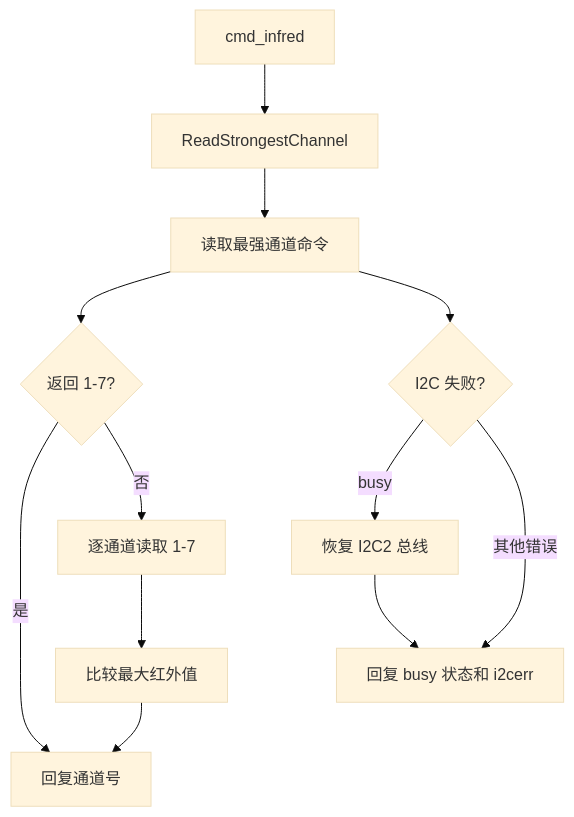
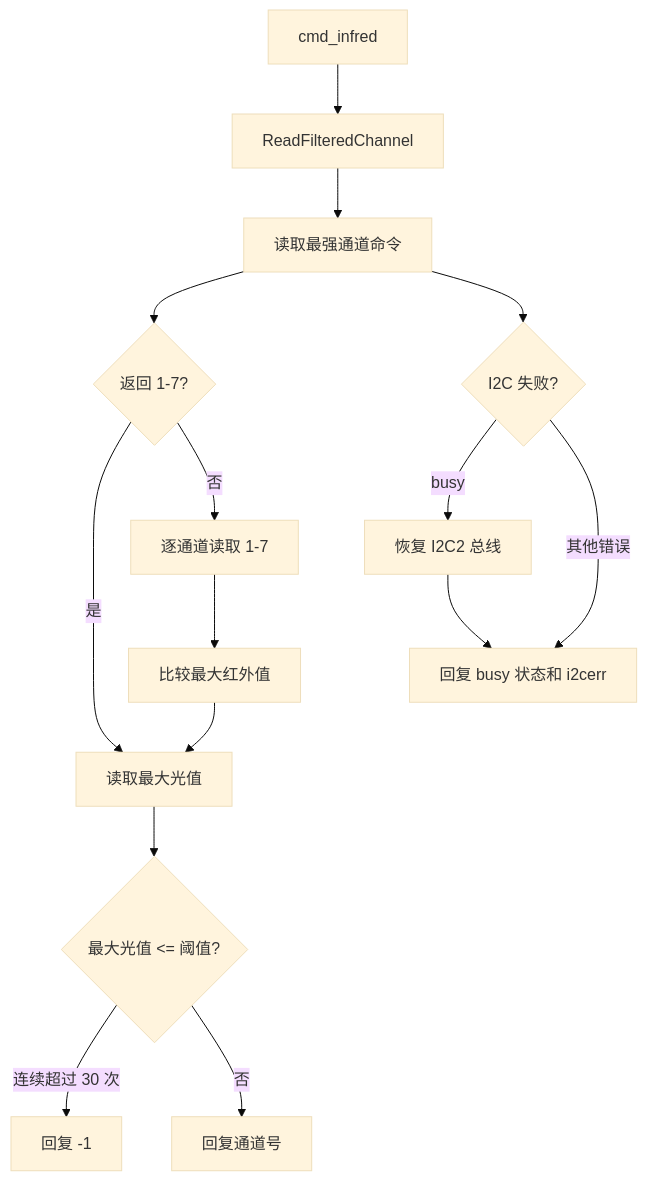
The ninth of 13 diagrams in RCJchassisdiver/CODE_LOGIC.md (ChaseZhao619/RCJChassisDriver), drawn with Mermaid (base theme) before and after one commit. The commit also changed other lines of this file and 27 other files, not shown here.

````diff
--- a/RCJchassisdiver/CODE_LOGIC.md
+++ b/RCJchassisdiver/CODE_LOGIC.md
@@ -493,14 +497,17 @@
 ```mermaid
 flowchart TD
-    Cmd["cmd_infred"] --> ReadStrong["ReadStrongestChannel"]
+    Cmd["cmd_infred"] --> ReadStrong["ReadFilteredChannel"]
     ReadStrong --> Direct["读取最强通道命令"]
     Direct --> Valid{"返回 1-7?"}
-    Valid -- "是" --> Reply["回复通道号"]
+    Valid -- "是" --> ReadValue["读取最大光值"]
     Valid -- "否" --> Scan["逐通道读取 1-7"]
     Scan --> Max["比较最大红外值"]
-    Max --> Reply
+    Max --> ReadValue
+    ReadValue --> Weak{"最大光值 <= 阈值?"}
+    Weak -- "连续超过 30 次" --> NoBall["回复 -1"]
+    Weak -- "否" --> Reply["回复通道号"]
     Direct --> Fail{"I2C 失败?"}
     Fail -- "busy" --> Recover["恢复 I2C2 总线"]
     Recover --> ReplyBusy["回复 busy 状态和 i2cerr"]
     Fail -- "其他错误" --> ReplyBusy
 ```
````
